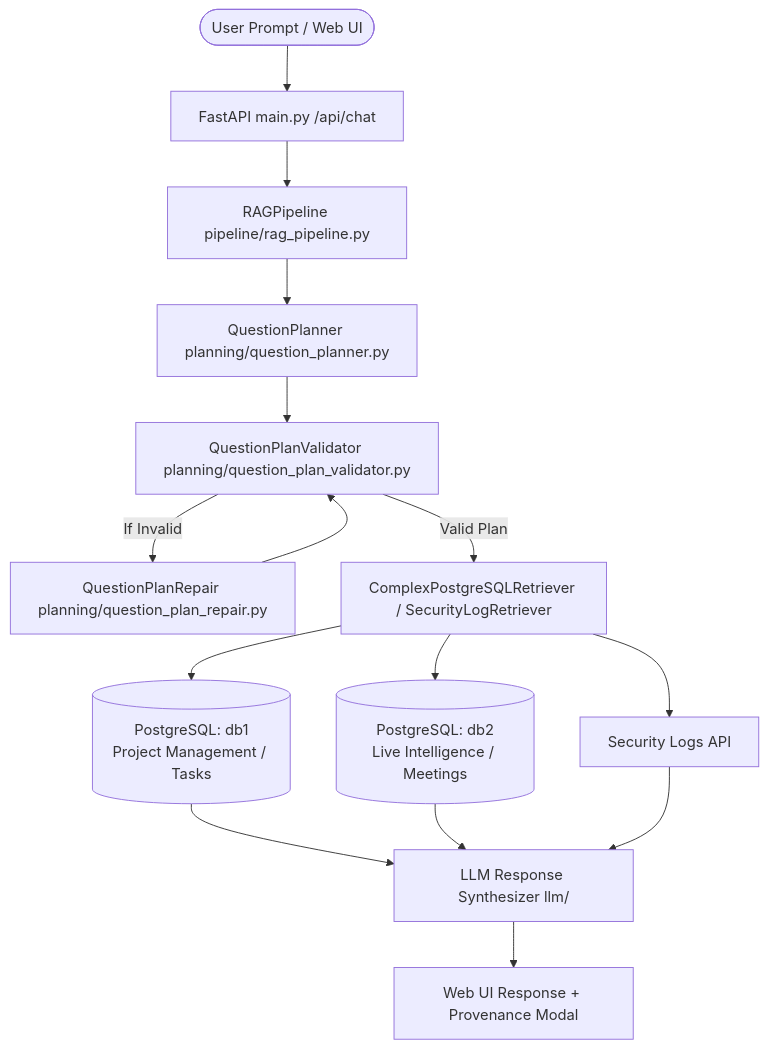
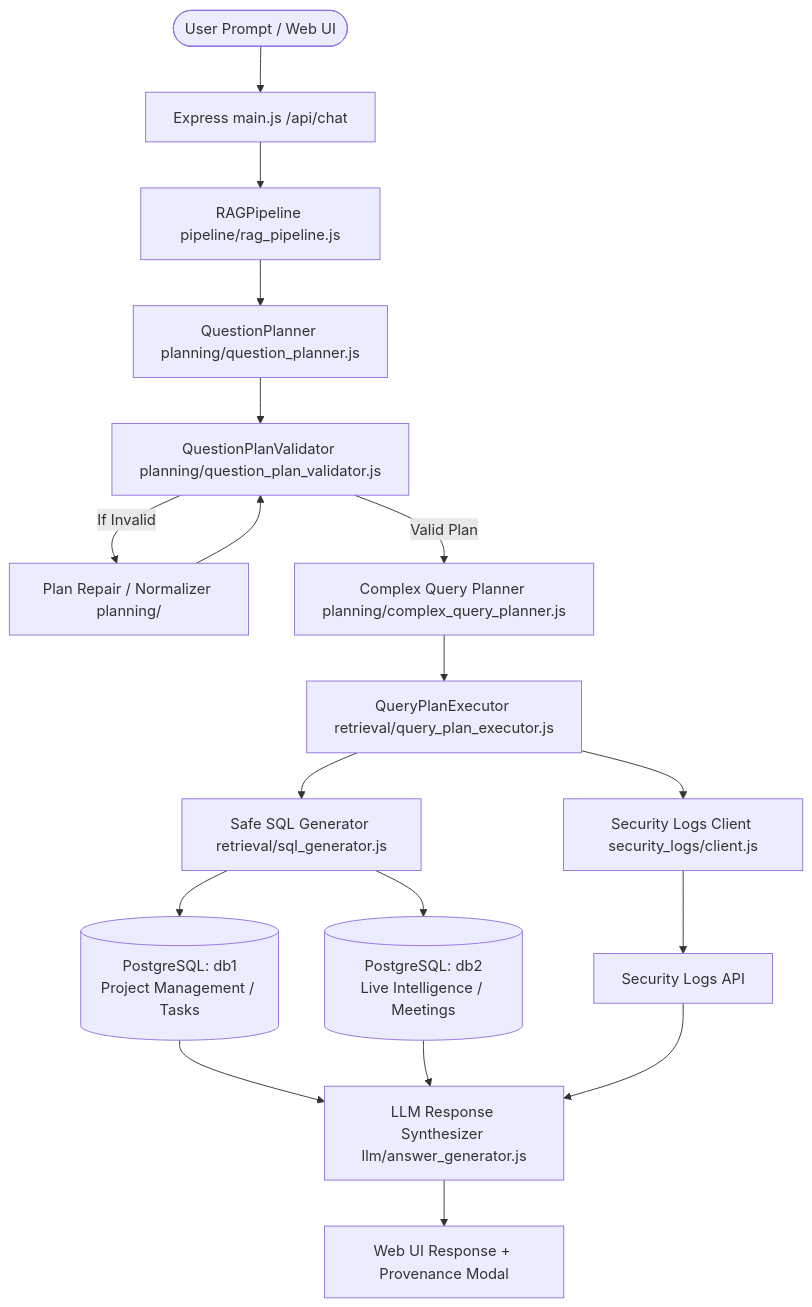
One commit to muhammadsuleman-sixlogs/CenarioCG changed the diagram in AGENTS.md. Above: the diagram before and after it, drawn with Mermaid. The commit also changed other lines of this file and 4 other files, not shown here.

````diff
--- a/AGENTS.md
+++ b/AGENTS.md
@@ -19,20 +28,24 @@
 ```mermaid
 flowchart TD
-    User([User Prompt / Web UI]) --> API[FastAPI main.py /api/chat]
-    API --> Pipeline[RAGPipeline pipeline/rag_pipeline.py]
+    User([User Prompt / Web UI]) --> API[Express main.js /api/chat]
+    API --> Pipeline[RAGPipeline pipeline/rag_pipeline.js]
     
-    Pipeline --> Planner[QuestionPlanner planning/question_planner.py]
-    Planner --> Validator[QuestionPlanValidator planning/question_plan_validator.py]
+    Pipeline --> Planner[QuestionPlanner planning/question_planner.js]
+    Planner --> Validator[QuestionPlanValidator planning/question_plan_validator.js]
     
-    Validator -- If Invalid --> Repair[QuestionPlanRepair planning/question_plan_repair.py]
+    Validator -- If Invalid --> Repair[Plan Repair / Normalizer planning/]
     Repair --> Validator
     
-    Validator -- Valid Plan --> Exec[ComplexPostgreSQLRetriever / SecurityLogRetriever]
+    Validator -- Valid Plan --> Decomposer[Complex Query Planner planning/complex_query_planner.js]
+    Decomposer --> Exec[QueryPlanExecutor retrieval/query_plan_executor.js]
     
-    Exec --> DB1[(PostgreSQL: db1\nProject Management / Tasks)]
-    Exec --> DB2[(PostgreSQL: db2\nLive Intelligence / Meetings)]
-    Exec --> SIEM[Security Logs API]
+    Exec --> SQLGen[Safe SQL Generator retrieval/sql_generator.js]
+    Exec --> SecClient[Security Logs Client security_logs/client.js]
     
-    DB1 & DB2 & SIEM --> Synthesizer[LLM Response Synthesizer llm/]
+    SQLGen --> DB1[(PostgreSQL: db1\nProject Management / Tasks)]
+    SQLGen --> DB2[(PostgreSQL: db2\nLive Intelligence / Meetings)]
+    SecClient --> SIEM[Security Logs API]
+    
+    DB1 & DB2 & SIEM --> Synthesizer[LLM Response Synthesizer llm/answer_generator.js]
     Synthesizer --> UI[Web UI Response + Provenance Modal]
 ```
````
